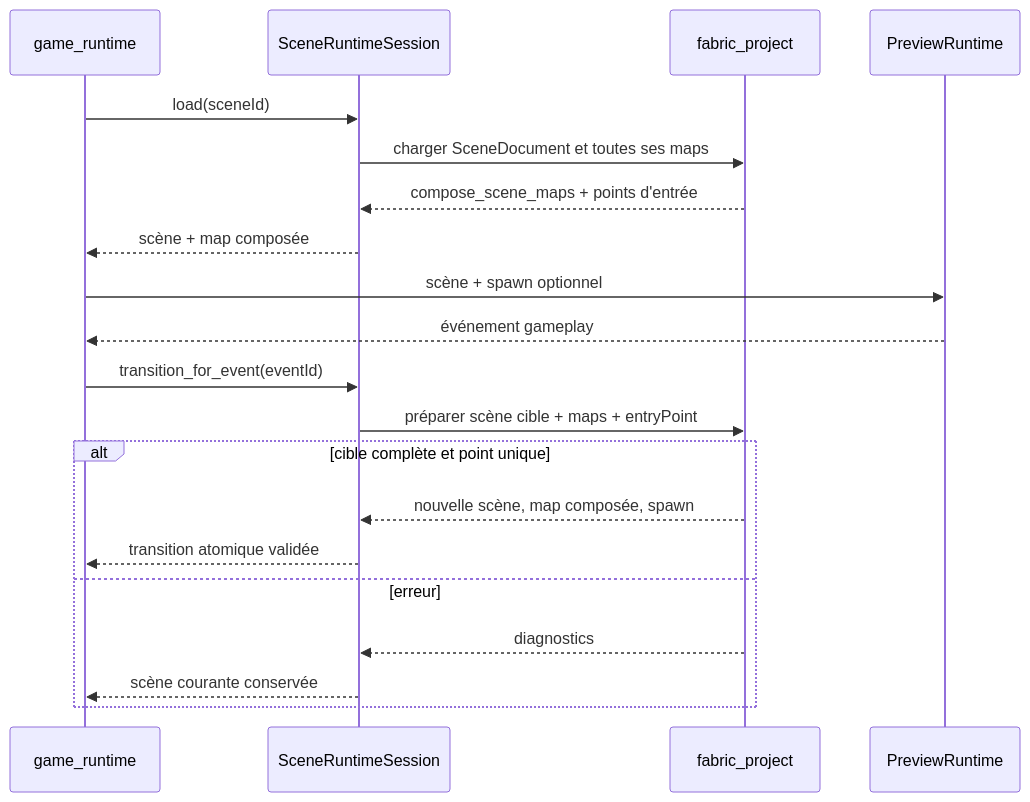
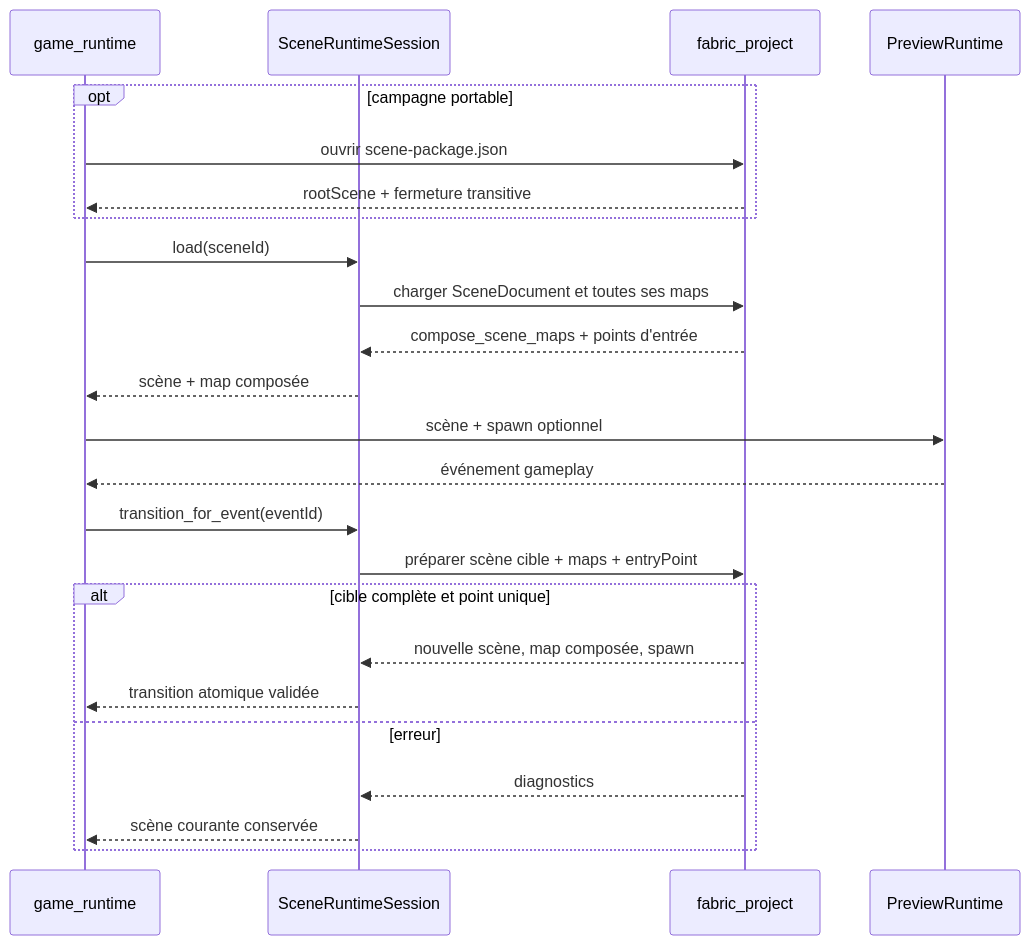
The diagram in docs/architecture/flows/scene-composition-transition.md (tristan-monticelli/vertex-loom), drawn with Mermaid before and after one commit. The commit also changed 2 other files, not shown here.

Commit message:
docs(package): define scene campaign bundle

````diff
--- a/docs/architecture/flows/scene-composition-transition.md
+++ b/docs/architecture/flows/scene-composition-transition.md
@@ -3,23 +3,28 @@
 ```mermaid
 sequenceDiagram
     participant Game as game_runtime
     participant Session as SceneRuntimeSession
     participant Project as fabric_project
     participant Preview as PreviewRuntime
+
+    opt campagne portable
+        Game->>Project: ouvrir scene-package.json
+        Project-->>Game: rootScene + fermeture transitive
+    end
 
     Game->>Session: load(sceneId)
     Session->>Project: charger SceneDocument et toutes ses maps
     Project-->>Session: compose_scene_maps + points d'entrée
     Session-->>Game: scène + map composée
     Game->>Preview: scène + spawn optionnel
     Preview-->>Game: événement gameplay
     Game->>Session: transition_for_event(eventId)
     Session->>Project: préparer scène cible + maps + entryPoint
     alt cible complète et point unique
         Project-->>Session: nouvelle scène, map composée, spawn
         Session-->>Game: transition atomique validée
     else erreur
         Project-->>Session: diagnostics
         Session-->>Game: scène courante conservée
     end
 ```
````
